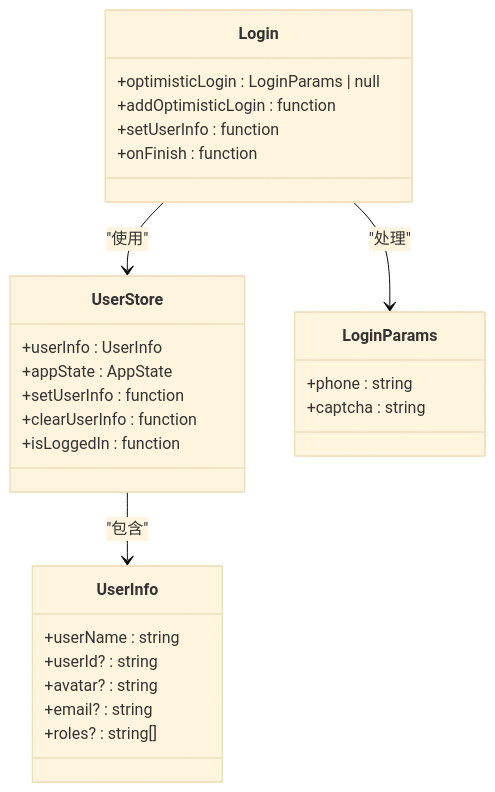
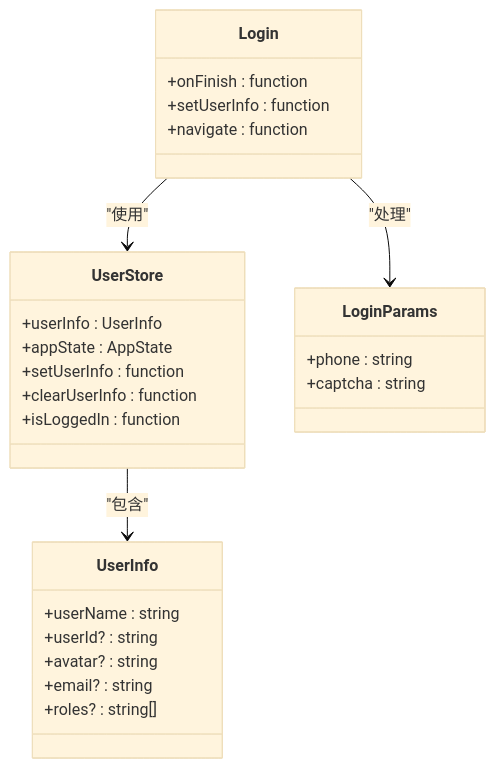
Before and after one commit to fengerzh/react-vscode-template: the fourth of 5 diagrams in .qoder/repowiki/zh/content/核心特性/登录流程中的乐观更新.md, drawn with Mermaid (base theme). The commit also changed other lines of this file and 15 other files, not shown here.

````diff
--- a/.qoder/repowiki/zh/content/核心特性/登录流程中的乐观更新.md
+++ b/.qoder/repowiki/zh/content/核心特性/登录流程中的乐观更新.md
@@ -116,30 +122,29 @@
 ```mermaid
 classDiagram
 class Login {
-+optimisticLogin : LoginParams | null
-+addOptimisticLogin : function
++onFinish : function
 +setUserInfo : function
-+onFinish : function
++navigate : function
 }
 class UserStore {
 +userInfo : UserInfo
 +appState : AppState
 +setUserInfo : function
 +clearUserInfo : function
 +isLoggedIn : function
 }
 class LoginParams {
 +phone : string
 +captcha : string
 }
 Login --> UserStore : "使用"
 Login --> LoginParams : "处理"
 UserStore --> UserInfo : "包含"
 class UserInfo {
 +userName : string
 +userId? : string
 +avatar? : string
 +email? : string
 +roles? : string[]
 }
 ```
````
